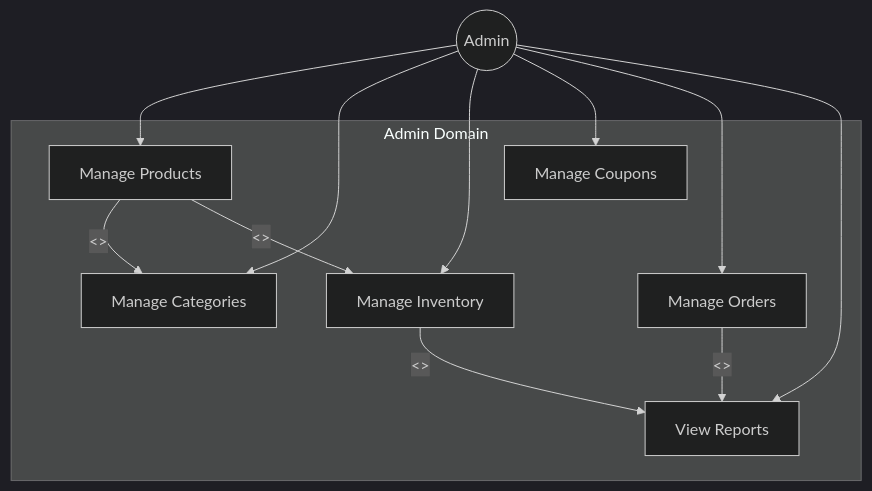
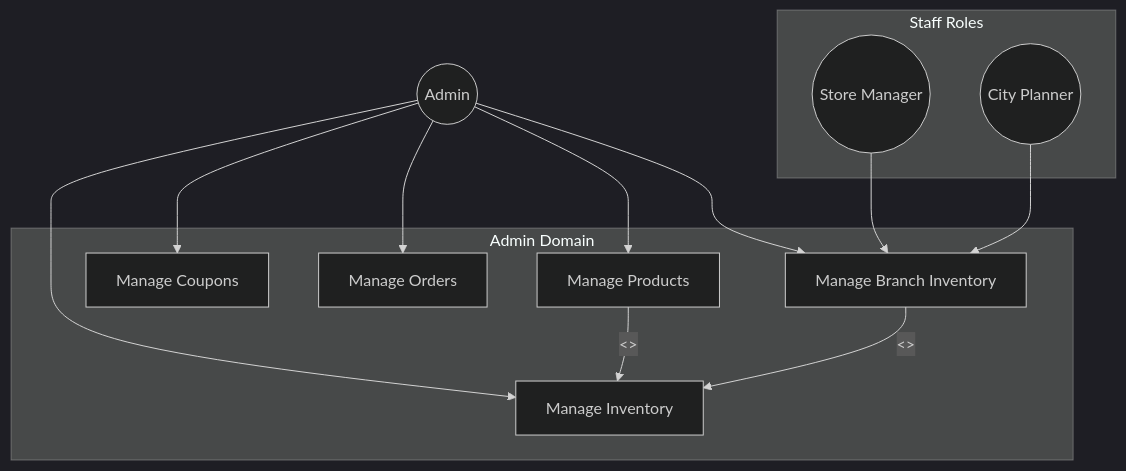
Before and after one commit to DanhTrannn/TLCN: the third of 58 diagrams in docs/design-analysis/OOSAD_ANALYSIS.md, drawn with Mermaid (dark theme). The commit also changed other lines of this file, not shown here.

````diff
--- a/docs/design-analysis/OOSAD_ANALYSIS.md
+++ b/docs/design-analysis/OOSAD_ANALYSIS.md
@@ -130,25 +164,29 @@
 ```mermaid
 graph TB
     subgraph "Admin Domain"
         UC9[Manage Products]
-        UC10[Manage Categories]
         UC11[Manage Inventory]
         UC12[Manage Coupons]
         UC13[Manage Orders]
-        UC14[View Reports]
+        UC17[Manage Branch Inventory]
+    end
+    
+    subgraph "Staff Roles"
+        StoreManager((Store Manager))
+        CityPlanner((City Planner))
     end
     
     Admin((Admin))
     
     Admin --> UC9
-    Admin --> UC10
     Admin --> UC11
     Admin --> UC12
     Admin --> UC13
-    Admin --> UC14
+    Admin --> UC17
     
-    UC9 -->|<<include>>| UC10
+    StoreManager --> UC17
+    CityPlanner --> UC17
+    
     UC9 -->|<<include>>| UC11
-    UC13 -->|<<extend>>| UC14
-    UC11 -->|<<extend>>| UC14
+    UC17 -->|<<extend>>| UC11
 ```
````
